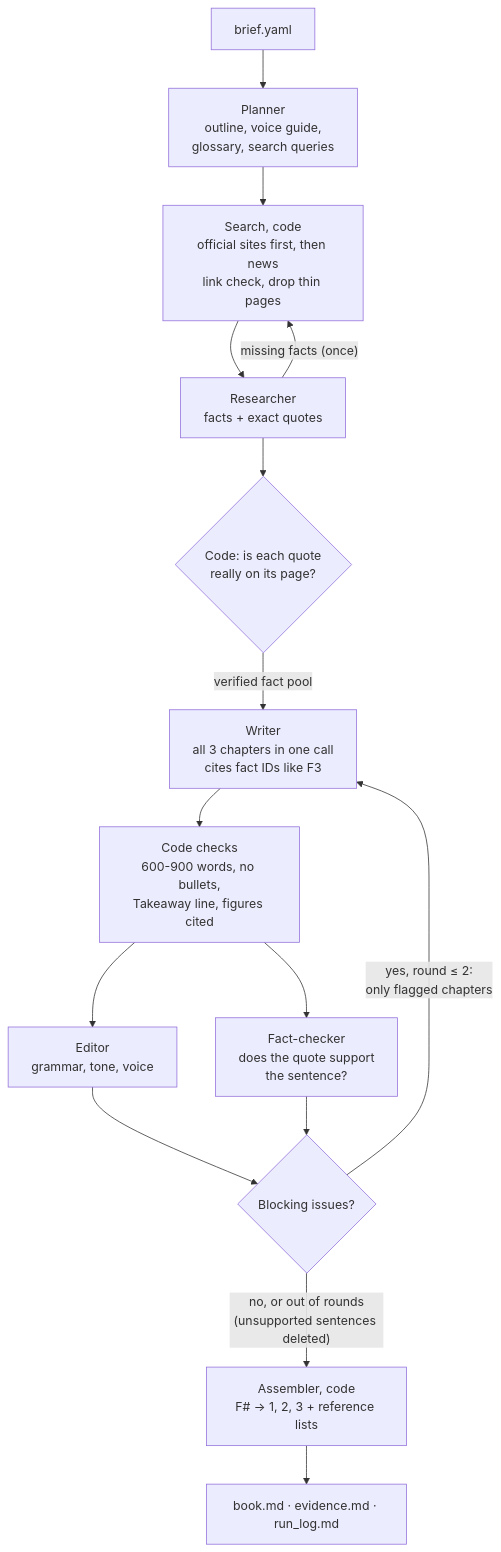
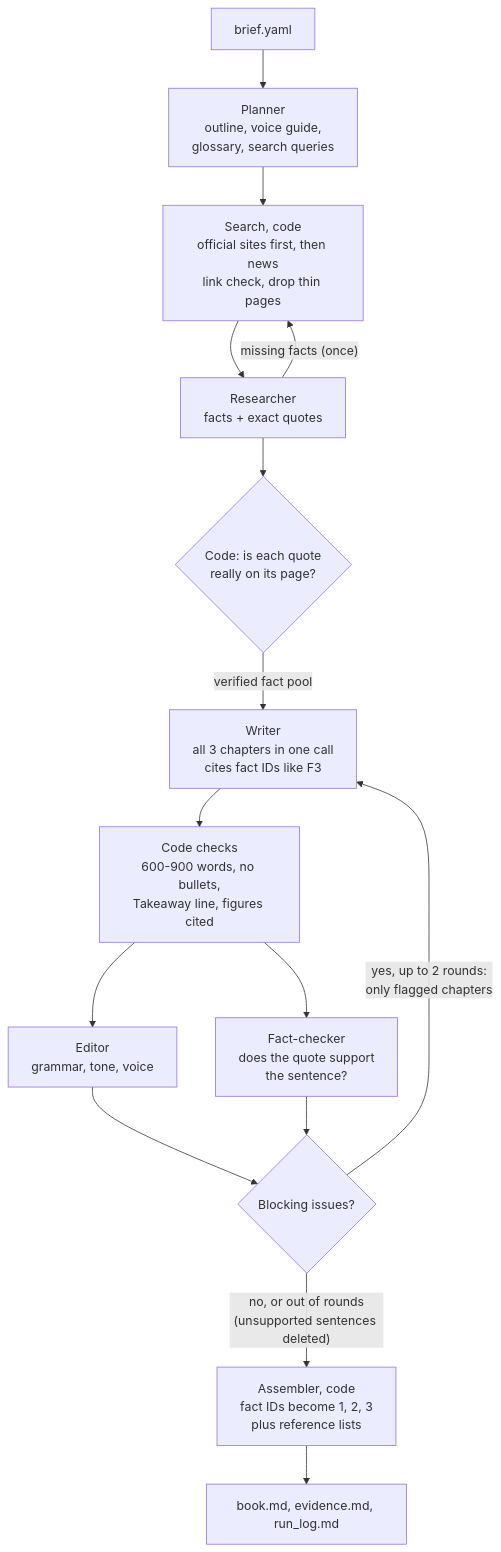
One commit to AbhishekSS2709/Pay-Me-on-UPI changed the diagram in README.md. Above: the diagram before and after it, drawn with Mermaid. The commit also changed 3 other files, not shown here.

Commit message:
Fix README diagram for GitHub's Mermaid renderer; add screenshots

````diff
--- a/README.md
+++ b/README.md
@@ -9,17 +9,17 @@
 ```mermaid
 flowchart TD
-    B[brief.yaml] --> P[Planner<br/>outline, voice guide,<br/>glossary, search queries]
-    P --> S[Search, code<br/>official sites first, then news<br/>link check, drop thin pages]
-    S --> R[Researcher<br/>facts + exact quotes]
+    B["brief.yaml"] --> P["Planner<br/>outline, voice guide,<br/>glossary, search queries"]
+    P --> S["Search, code<br/>official sites first, then news<br/>link check, drop thin pages"]
+    S --> R["Researcher<br/>facts + exact quotes"]
     R -- "missing facts (once)" --> S
-    R --> V{Code: is each quote<br/>really on its page?}
-    V -- verified fact pool --> W[Writer<br/>all 3 chapters in one call<br/>cites fact IDs like F3]
-    W --> C[Code checks<br/>600-900 words, no bullets,<br/>Takeaway line, figures cited]
-    C --> E[Editor<br/>grammar, tone, voice]
-    C --> F[Fact-checker<br/>does the quote support<br/>the sentence?]
-    E --> D{Blocking issues?}
+    R --> V{"Code: is each quote<br/>really on its page?"}
+    V -- "verified fact pool" --> W["Writer<br/>all 3 chapters in one call<br/>cites fact IDs like F3"]
+    W --> C["Code checks<br/>600-900 words, no bullets,<br/>Takeaway line, figures cited"]
+    C --> E["Editor<br/>grammar, tone, voice"]
+    C --> F["Fact-checker<br/>does the quote support<br/>the sentence?"]
+    E --> D{"Blocking issues?"}
     F --> D
-    D -- "yes, round ≤ 2:<br/>only flagged chapters" --> W
-    D -- "no, or out of rounds<br/>(unsupported sentences deleted)" --> A[Assembler, code<br/>F# → 1, 2, 3 + reference lists]
-    A --> O[book.md · evidence.md · run_log.md]
+    D -- "yes, up to 2 rounds:<br/>only flagged chapters" --> W
+    D -- "no, or out of rounds<br/>(unsupported sentences deleted)" --> A["Assembler, code<br/>fact IDs become 1, 2, 3<br/>plus reference lists"]
+    A --> O["book.md, evidence.md, run_log.md"]
 ```
````
